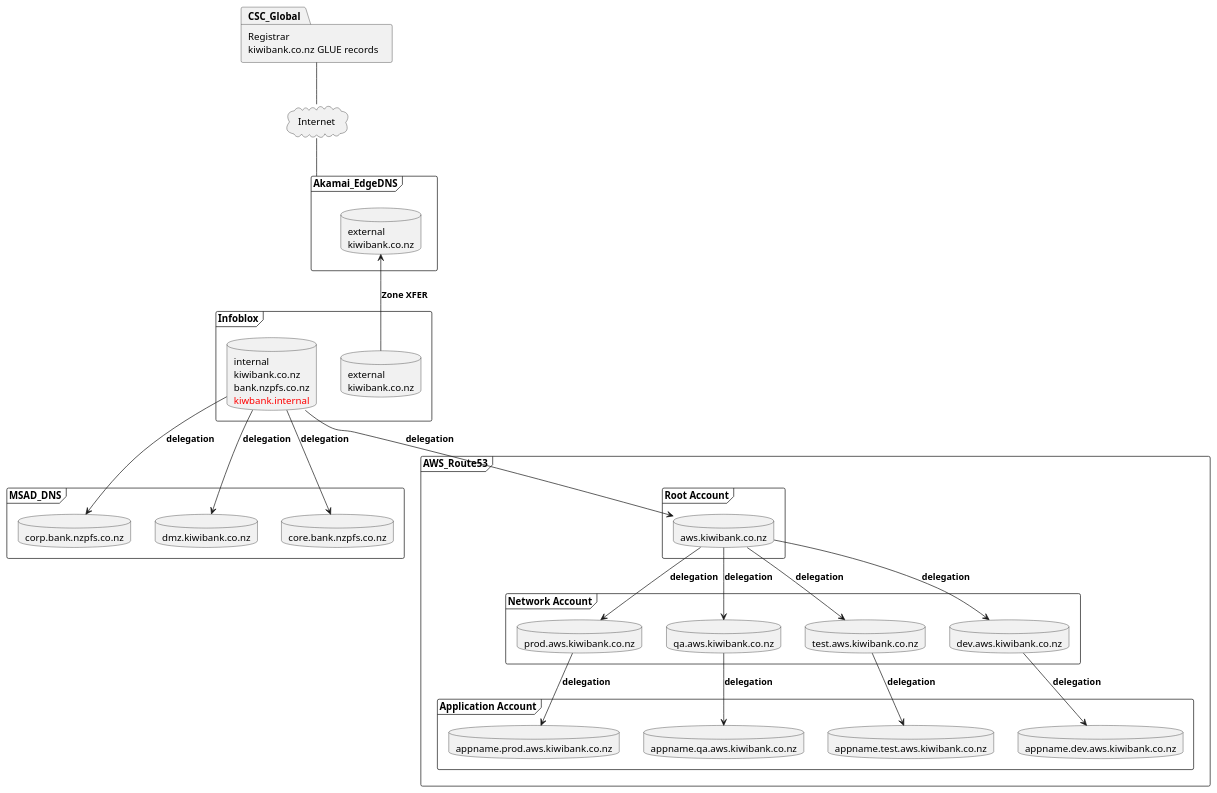
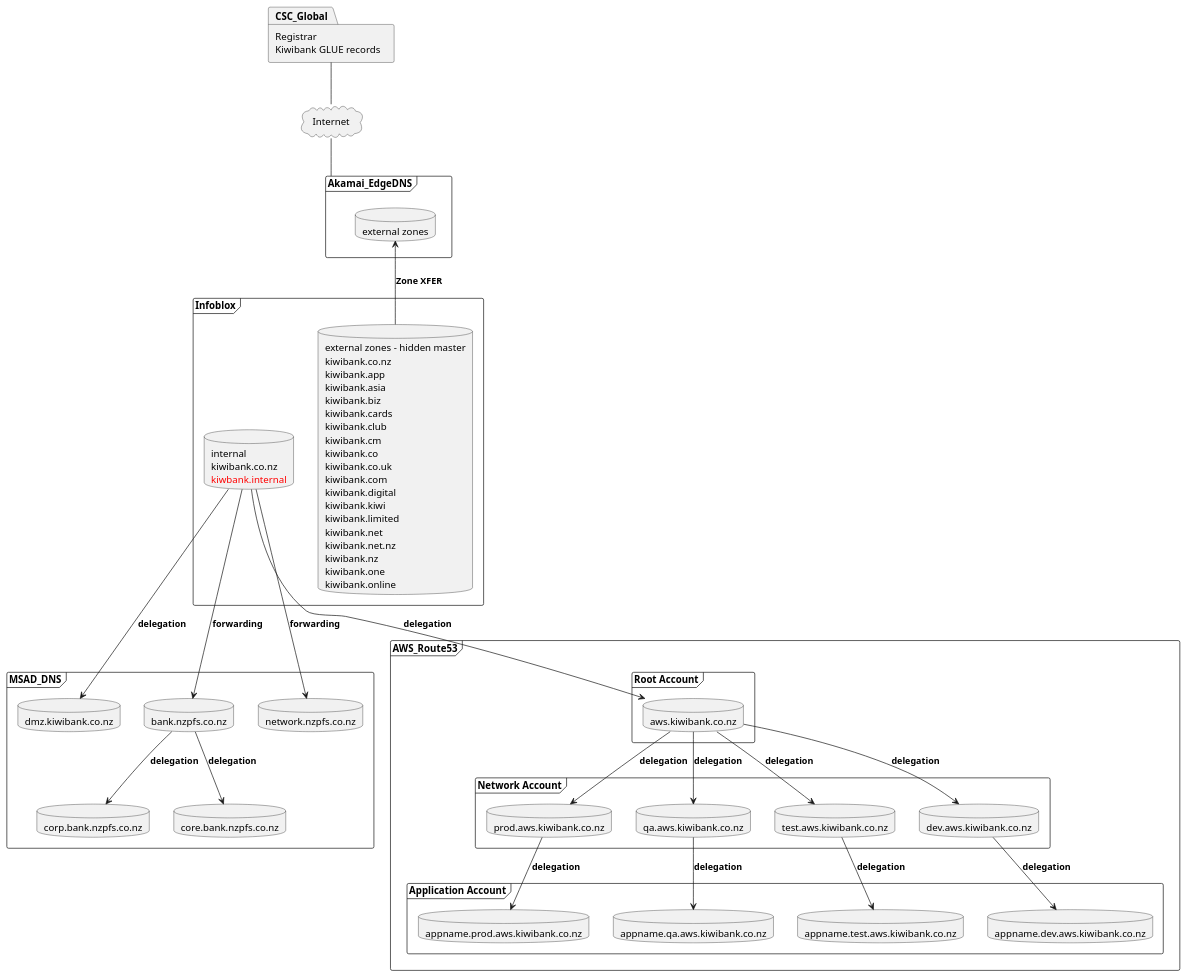
One commit to wshedd01-kiwibank/Architecture changed the diagram in Network/DNS Topology.puml. Above: the diagram before and after it, drawn with PlantUML. The commit also changed 1 other file, not shown here.

```diff
--- a/Network/DNS Topology.puml
+++ b/Network/DNS Topology.puml
@@ -1,71 +1,90 @@
 @startuml
 package CSC_Global  [
     Registrar
-    kiwibank.co.nz GLUE records
+    Kiwibank GLUE records
 ]
 
 frame Akamai_EdgeDNS {
     database Akamai_Edge [
-        external
-        kiwibank.co.nz
+        external zones
     ]
 }
 
 frame Infoblox {
     database external_zones [
-        external
+        external zones - hidden master
         kiwibank.co.nz
+        kiwibank.app
+        kiwibank.asia
+        kiwibank.biz
+        kiwibank.cards
+        kiwibank.club
+        kiwibank.cm
+        kiwibank.co
+        kiwibank.co.uk
+        kiwibank.com
+        kiwibank.digital
+        kiwibank.kiwi
+        kiwibank.limited
+        kiwibank.net
+        kiwibank.net.nz
+        kiwibank.nz
+        kiwibank.one
+        kiwibank.online
     ]
     database internal_zones [
         internal
         kiwibank.co.nz
-        bank.nzpfs.co.nz
         <color:red>kiwbank.internal</color>
     ]
 }
 cloud Internet
 
 frame MSAD_DNS {
     database corp.bank.nzpfs.co.nz
     database dmz.kiwibank.co.nz
     database core.bank.nzpfs.co.nz
+    database bank.nzpfs.co.nz
+    database network.nzpfs.co.nz
 }
 
 frame AWS_Route53 {
     frame "Root Account" {
         database aws.kiwibank.co.nz
     }
     frame "Network Account" {
         database prod.aws.kiwibank.co.nz
         database qa.aws.kiwibank.co.nz
         database test.aws.kiwibank.co.nz
         database dev.aws.kiwibank.co.nz
     }
     frame "Application Account" {
         database appname.prod.aws.kiwibank.co.nz
         database appname.qa.aws.kiwibank.co.nz
         database appname.test.aws.kiwibank.co.nz
         database appname.dev.aws.kiwibank.co.nz
     }
 }
 
 CSC_Global -do- Internet
 Akamai_EdgeDNS -up- Internet
 
 external_zones -up-> Akamai_Edge : **Zone XFER**
-internal_zones -do-> corp.bank.nzpfs.co.nz : **delegation**
-internal_zones -do-> core.bank.nzpfs.co.nz : **delegation**
+internal_zones -do-> bank.nzpfs.co.nz : **forwarding**
+internal_zones -do-> network.nzpfs.co.nz : **forwarding**
+bank.nzpfs.co.nz -do-> corp.bank.nzpfs.co.nz : **delegation**
+bank.nzpfs.co.nz -do-> core.bank.nzpfs.co.nz : **delegation**
 internal_zones -do-> dmz.kiwibank.co.nz : **delegation**
 internal_zones -do-> aws.kiwibank.co.nz : **delegation**
 
 aws.kiwibank.co.nz -do-> prod.aws.kiwibank.co.nz : **delegation**
 aws.kiwibank.co.nz -do-> qa.aws.kiwibank.co.nz : **delegation**
 aws.kiwibank.co.nz -do-> test.aws.kiwibank.co.nz : **delegation**
 aws.kiwibank.co.nz -do-> dev.aws.kiwibank.co.nz : **delegation**
 
 prod.aws.kiwibank.co.nz -do-> appname.prod.aws.kiwibank.co.nz : **delegation**
 qa.aws.kiwibank.co.nz -do-> appname.qa.aws.kiwibank.co.nz : **delegation**
 test.aws.kiwibank.co.nz -do-> appname.test.aws.kiwibank.co.nz : **delegation**
 dev.aws.kiwibank.co.nz -do-> appname.dev.aws.kiwibank.co.nz : **delegation**
 
 @enduml
```
